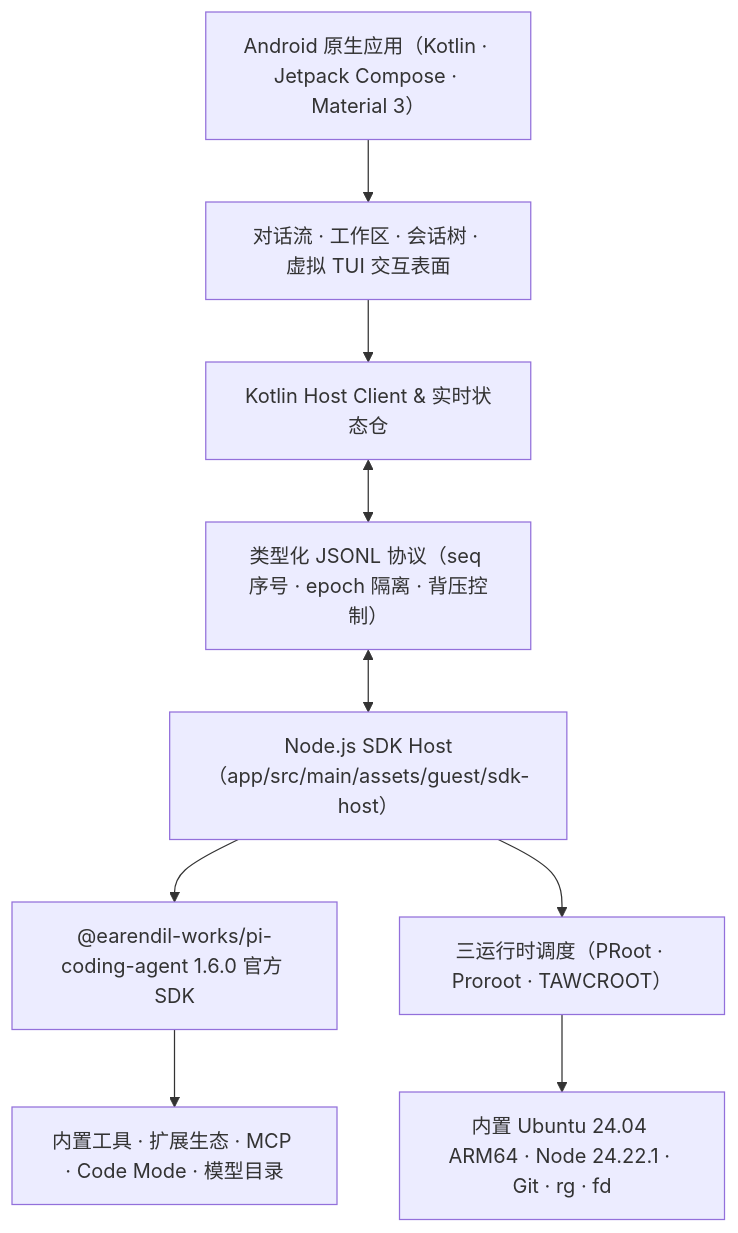
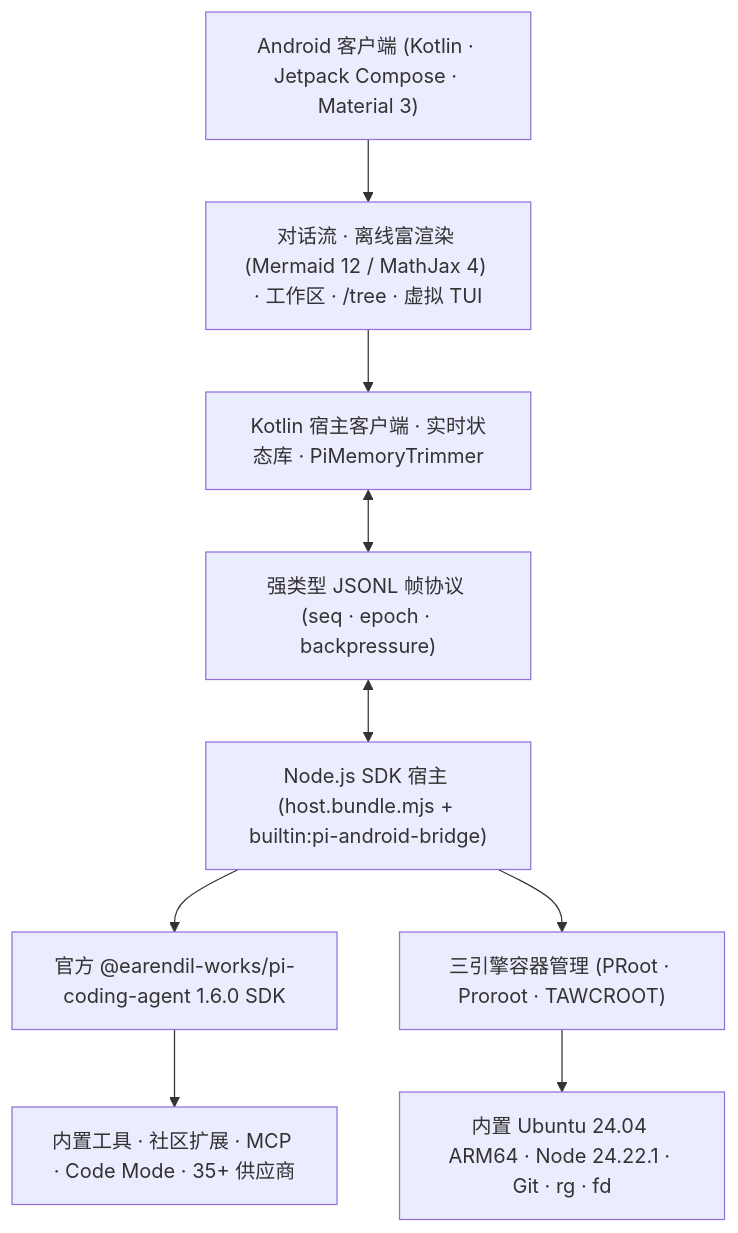
One commit to heikeyangle-code/pi-android changed the diagram in README.zh-CN.md. Above: the diagram before and after it, drawn with Mermaid. The commit also changed other lines of this file and 17 other files, not shown here.

Commit message:
fix(render): overhaul Mermaid 12 & rich-rendering pipeline and upgrade docs

````diff
--- a/README.zh-CN.md
+++ b/README.zh-CN.md
@@ -176,22 +138,20 @@
 ```mermaid
 flowchart TB
-    A["Android 原生应用（Kotlin · Jetpack Compose · Material 3）"]
-    B["对话流 · 工作区 · 会话树 · 虚拟 TUI 交互表面"]
-    C["Kotlin Host Client & 实时状态仓"]
-    D["类型化 JSONL 协议（seq 序号 · epoch 隔离 · 背压控制）"]
-    E["Node.js SDK Host（app/src/main/assets/guest/sdk-host）"]
-    F["@earendil-works/pi-coding-agent 1.6.0 官方 SDK"]
-    G["内置工具 · 扩展生态 · MCP · Code Mode · 模型目录"]
-
-    H["三运行时调度（PRoot · Proroot · TAWCROOT）"]
+    A["Android 客户端 (Kotlin · Jetpack Compose · Material 3)"]
+    B["对话流 · 离线富渲染 (Mermaid 12 / MathJax 4) · 工作区 · /tree · 虚拟 TUI"]
+    C["Kotlin 宿主客户端 · 实时状态库 · PiMemoryTrimmer"]
+    D["强类型 JSONL 帧协议 (seq · epoch · backpressure)"]
+    E["Node.js SDK 宿主 (host.bundle.mjs + builtin:pi-android-bridge)"]
+    F["官方 @earendil-works/pi-coding-agent 1.6.0 SDK"]
+    G["内置工具 · 社区扩展 · MCP · Code Mode · 35+ 供应商"]
+    H["三引擎容器管理 (PRoot · Proroot · TAWCROOT)"]
     L["内置 Ubuntu 24.04 ARM64 · Node 24.22.1 · Git · rg · fd"]
-
     A --> B
     B --> C
     C <--> D
     D <--> E
     E --> F
     F --> G
     E --> H
     H --> L
 ```
````
